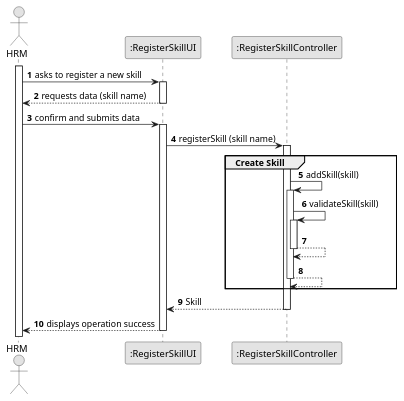
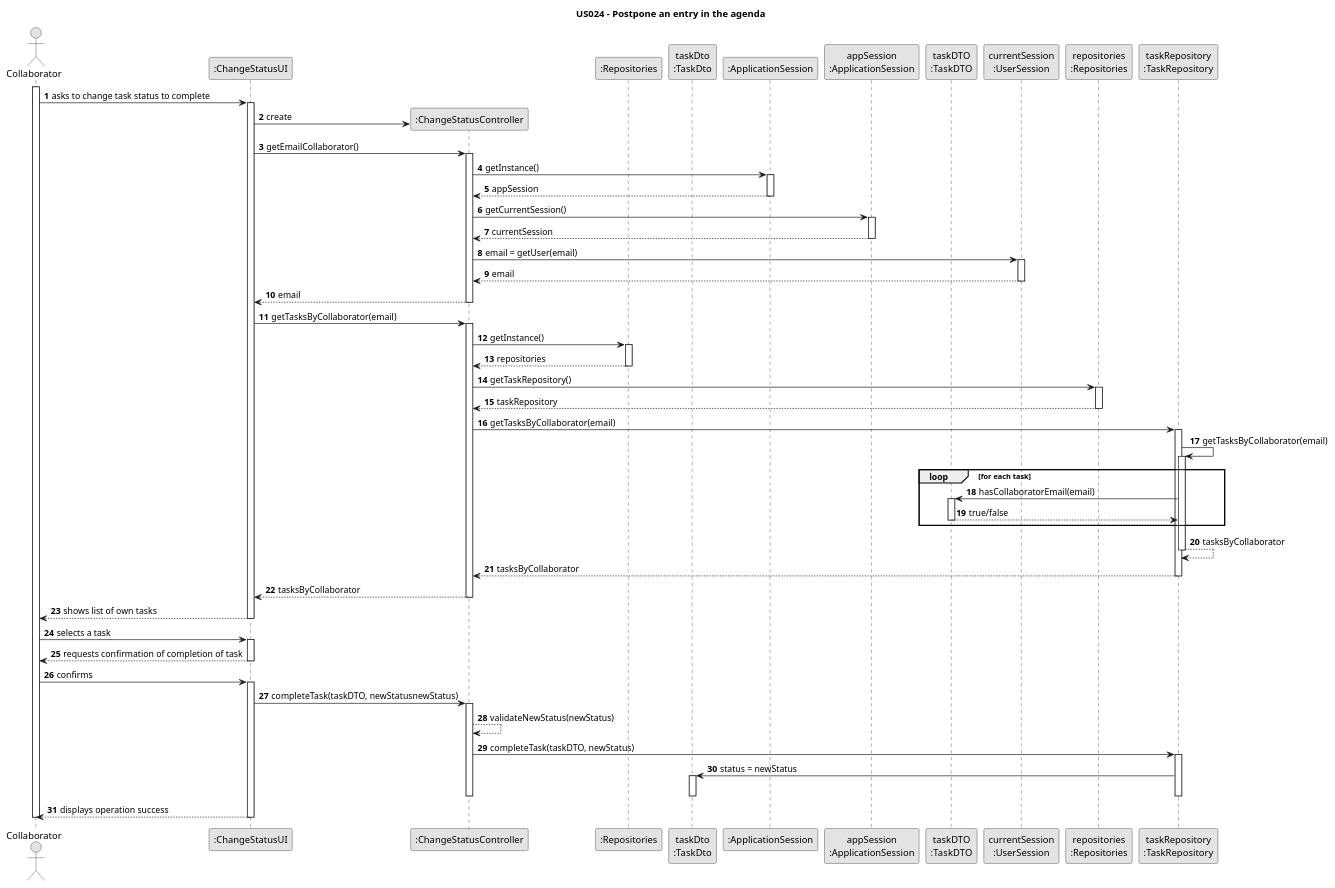
Before and after one commit to Departamento-de-Engenharia-Informatica/lei-24-s2-1dm-g132: the diagram in docs/sprintC/us029/03.design/puml/us029-sequence-diagram-full.puml, drawn with PlantUML. The commit also changed 4 other files, not shown here.

```diff
--- a/docs/sprintC/us029/03.design/puml/us029-sequence-diagram-full.puml
+++ b/docs/sprintC/us029/03.design/puml/us029-sequence-diagram-full.puml
@@ -1,50 +1,119 @@
 @startuml
 skinparam monochrome true
 skinparam packageStyle rectangle
 skinparam shadowing false
 
+title US024 - Postpone an entry in the agenda
+
 autonumber
 
-'hide footbox
-actor "HRM" as HRM
-participant ":RegisterSkillUI" as UI
-participant ":RegisterSkillController" as CTRL
+actor "Collaborator" as Employee
+participant ":ChangeStatusUI" as UI
+participant ":ChangeStatusController" as CTRL
+participant ":Repositories" as RepositorySingleton
+participant "taskDto\n:TaskDto" as TaskDto
+participant ":ApplicationSession" as _APP
+participant "appSession\n:ApplicationSession" as APP
+participant "taskDTO\n:TaskDTO" as TaskDTO
+participant "currentSession\n:UserSession" as SESSION
+participant "repositories\n:Repositories" as PLAT
+participant "taskRepository\n:TaskRepository" as TaskRepository
 
-activate HRM
+activate Employee
 
-        HRM -> UI : asks to register a new skill
-activate UI
+    Employee -> UI : asks to change task status to complete
+    activate UI
 
-        UI --> HRM : requests data (skill name)
-         deactivate UI
+    UI -> CTRL** : create
+ UI -> CTRL : getEmailCollaborator()
+    activate CTRL
 
-    HRM -> UI : confirm and submits data
-        activate UI
+    CTRL -> _APP : getInstance()
+    activate _APP
 
-                UI -> CTRL : registerSkill (skill name)
-            activate CTRL
-    group Create Skill
+    _APP --> CTRL : appSession
+    deactivate _APP
 
-                                        CTRL -> CTRL: addSkill(skill)
+    CTRL -> APP : getCurrentSession()
+    activate APP
 
-                                                                           activate CTRL
-                                                                               CTRL -> CTRL: validateSkill(skill)
-                                                                               activate CTRL
-                                                                                   CTRL --> CTRL
-                                                                               deactivate CTRL
+    APP --> CTRL : currentSession
+    deactivate APP
 
-                                                                               CTRL --> CTRL
-                                                                               deactivate CTRL
-                                                                               end
+    CTRL -> SESSION : email = getUser(email)
+    activate SESSION
 
-            CTRL --> UI : Skill
-            deactivate CTRL
+    SESSION --> CTRL : email
+    deactivate SESSION
+
+    CTRL --> UI : email
+    deactivate CTRL
+
+    UI -> CTRL : getTasksByCollaborator(email)
+    activate CTRL
+
+    CTRL -> RepositorySingleton : getInstance()
+    activate RepositorySingleton
+
+    RepositorySingleton --> CTRL: repositories
+    deactivate RepositorySingleton
+
+    CTRL -> PLAT : getTaskRepository()
+    activate PLAT
+
+    PLAT --> CTRL: taskRepository
+    deactivate PLAT
+
+    CTRL -> TaskRepository : getTasksByCollaborator(email)
+    activate TaskRepository
+    TaskRepository -> TaskRepository : getTasksByCollaborator(email)
+    activate TaskRepository
+    loop for each task
+    TaskRepository -> TaskDTO : hasCollaboratorEmail(email)
+    activate TaskDTO
+    TaskDTO --> TaskRepository : true/false
+    deactivate TaskDTO
+    end
+    TaskRepository --> TaskRepository : tasksByCollaborator
+    deactivate TaskRepository
 
 
-            UI --> HRM : displays operation success
-        deactivate UI
+    TaskRepository --> CTRL : tasksByCollaborator
+    deactivate TaskRepository
+
+    CTRL --> UI : tasksByCollaborator
+    deactivate CTRL
+    UI --> Employee : shows list of own tasks
+    deactivate UI
+
+    Employee -> UI : selects a task
+    activate UI
+
+    UI --> Employee : requests confirmation of completion of task
+    deactivate UI
+
+    Employee -> UI : confirms
+    activate UI
+
+    UI -> CTRL :            completeTask(taskDTO, newStatusnewStatus)
+
+    activate CTRL
+
+    CTRL --> CTRL : validateNewStatus(newStatus)
+    CTRL -> TaskRepository :            completeTask(taskDTO, newStatus)
+
+    activate TaskRepository
+
+    TaskRepository -> TaskDto : status = newStatus
+    activate TaskDto
+    deactivate TaskDto
+
+    deactivate TaskRepository
+    deactivate CTRL
 
 
+    UI --> Employee : displays operation success
+    deactivate UI
 
-
+deactivate Employee
 @enduml
```
